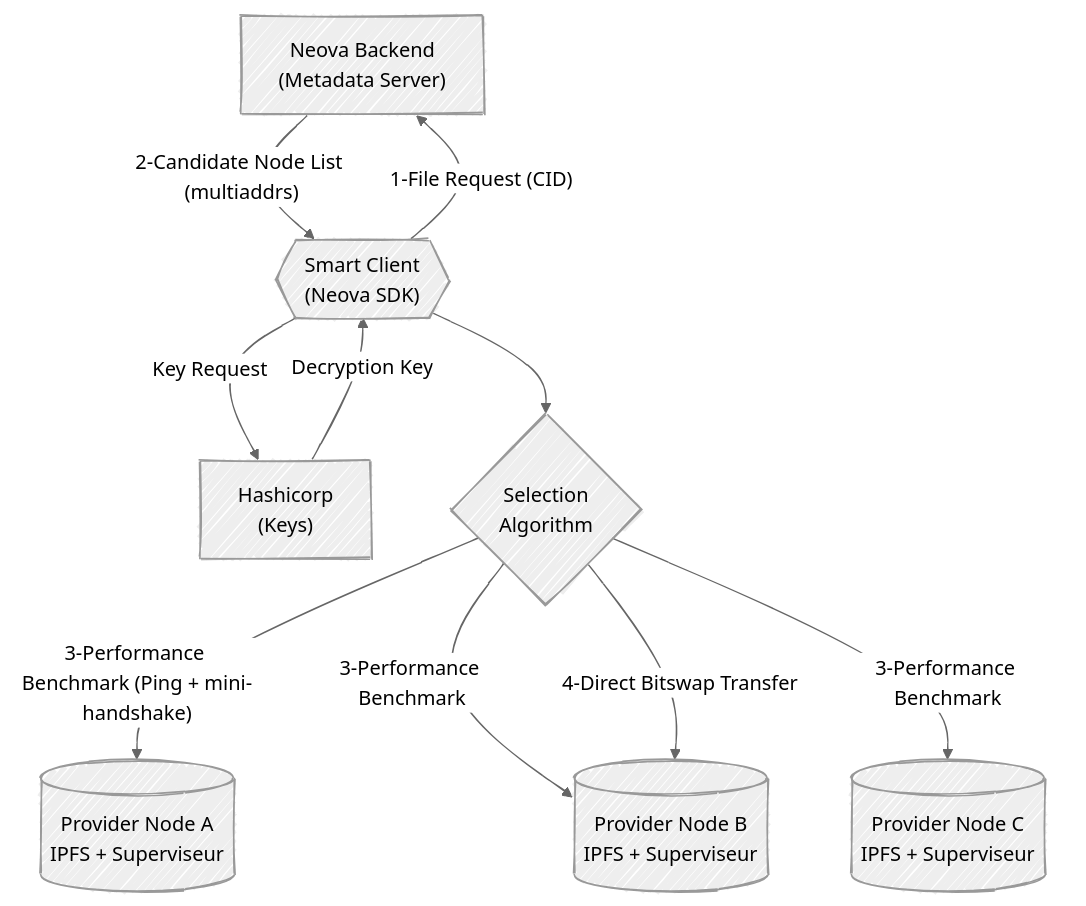
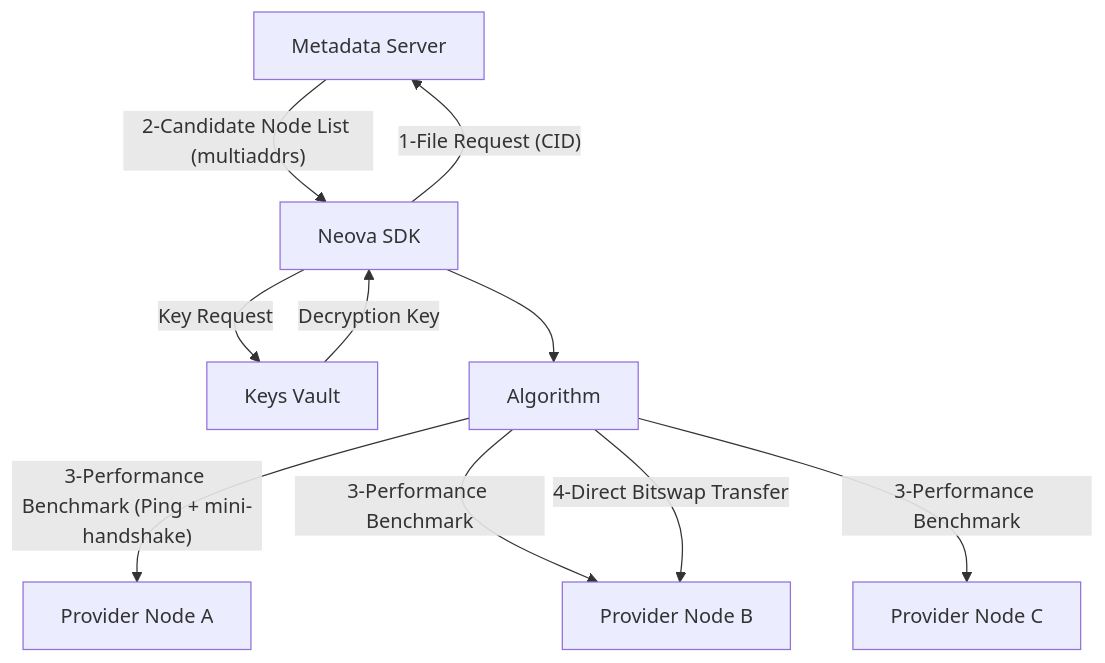
Before and after one commit to LightInn/IPCD: the diagram in assets/schema/code/s1.mmd, drawn with Mermaid. The commit also changed 3 other files, not shown here.

```diff
--- a/assets/schema/code/s1.mmd
+++ b/assets/schema/code/s1.mmd
@@ -1,22 +1,17 @@
----
-config:
-  theme: neutral
-  look: handDrawn
----
 flowchart TB
-    Backend["Neova Backend<br/>(Metadata Server)"]
-    Vault["Hashicorp<br/>(Keys)"]
-    Client{{"Smart Client<br/>(Neova SDK)"}}
-    Selector{"Selection<br/>Algorithm"}
-    P1[("Provider Node A<br/>IPFS + Superviseur")]
-    P2[("Provider Node B<br/>IPFS + Superviseur")]
-    P3[("Provider Node C<br/>IPFS + Superviseur")]
+    Backend["Metadata Server"]
+    Vault["Keys Vault"]
+    Client["Neova SDK"]
+    Selector["Algorithm"]
+    P1["Provider Node A"]
+    P2["Provider Node B"]
+    P3["Provider Node C"]
     Client -->|"1-File Request (CID)"| Backend
     Backend -->|"2-Candidate Node List (multiaddrs)"| Client
     Client -->|"Key Request"| Vault
     Vault -->|"Decryption Key"| Client
     Client --> Selector
     Selector -->|"3-Performance Benchmark (Ping + mini-handshake)"| P1
     Selector -->|"3-Performance Benchmark"| P2
     Selector -->|"3-Performance Benchmark"| P3
     Selector -->|"4-Direct Bitswap Transfer"| P2
```
